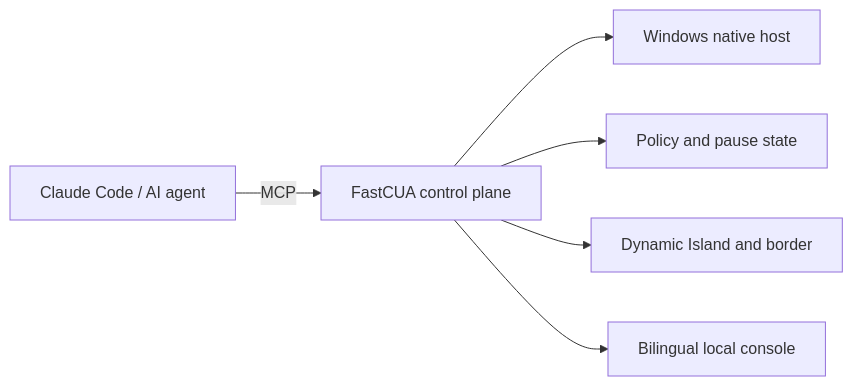
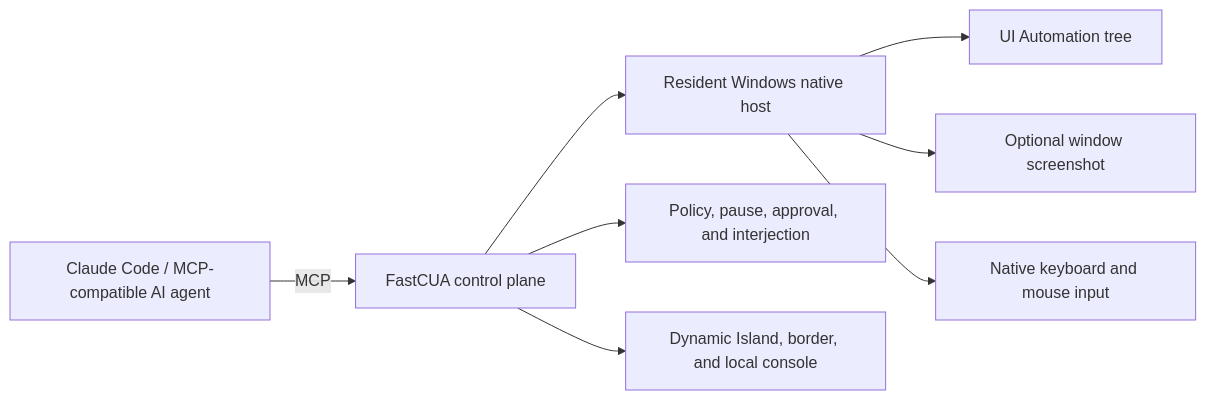
One commit to Guojiz/FastCUA changed the diagram in README.md. Above: the diagram before and after it, drawn with Mermaid. The commit also changed other lines of this file, not shown here.

Commit message:
Rewrite README around FastCUA execution advantages

````diff
--- a/README.md
+++ b/README.md
@@ -56,8 +107,10 @@
 ```mermaid
 flowchart LR
-  A["Claude Code / AI agent"] -->|"MCP"| B["FastCUA control plane"]
-  B --> C["Windows native host"]
-  B --> D["Policy and pause state"]
-  B --> E["Dynamic Island and border"]
-  B --> F["Bilingual local console"]
+  A["Claude Code / MCP-compatible AI agent"] -->|"MCP"| B["FastCUA control plane"]
+  B --> C["Resident Windows native host"]
+  C --> D["UI Automation tree"]
+  C --> E["Optional window screenshot"]
+  C --> F["Native keyboard and mouse input"]
+  B --> G["Policy, pause, approval, and interjection"]
+  B --> H["Dynamic Island, border, and local console"]
 ```
````
